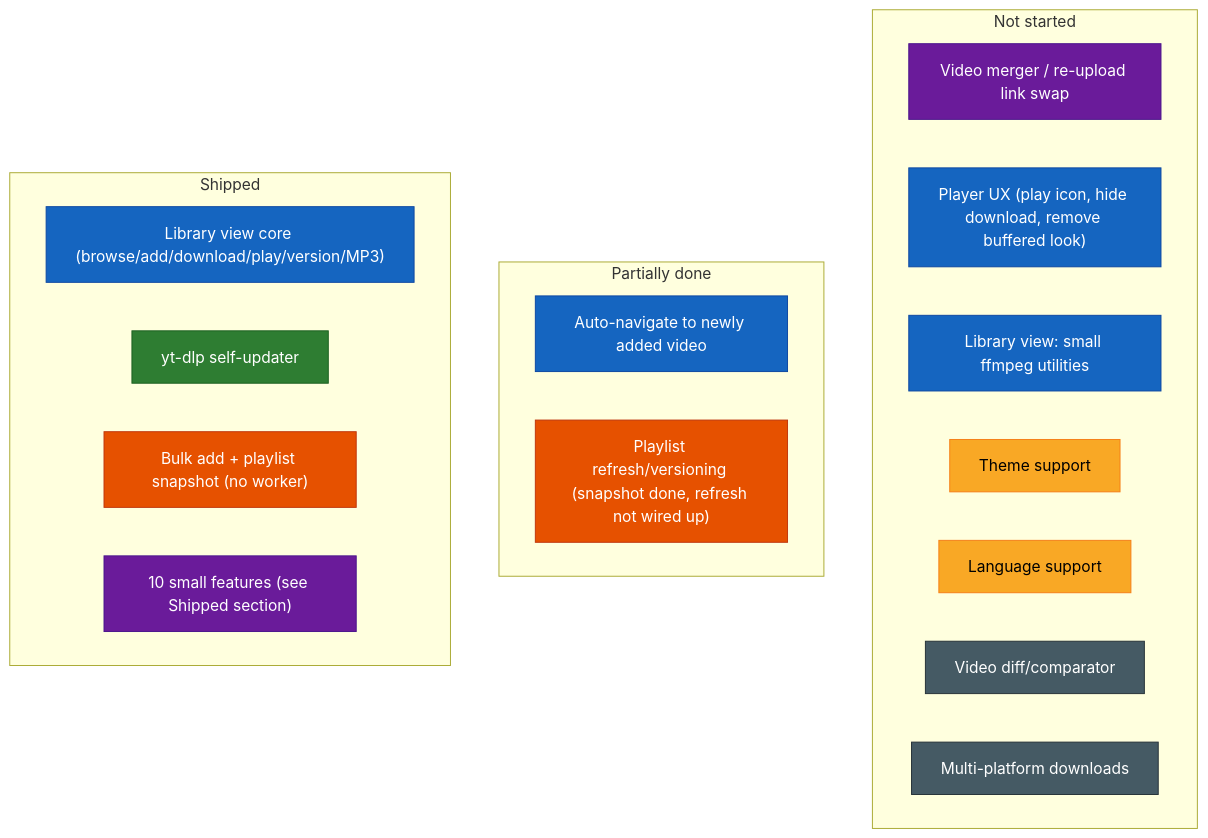
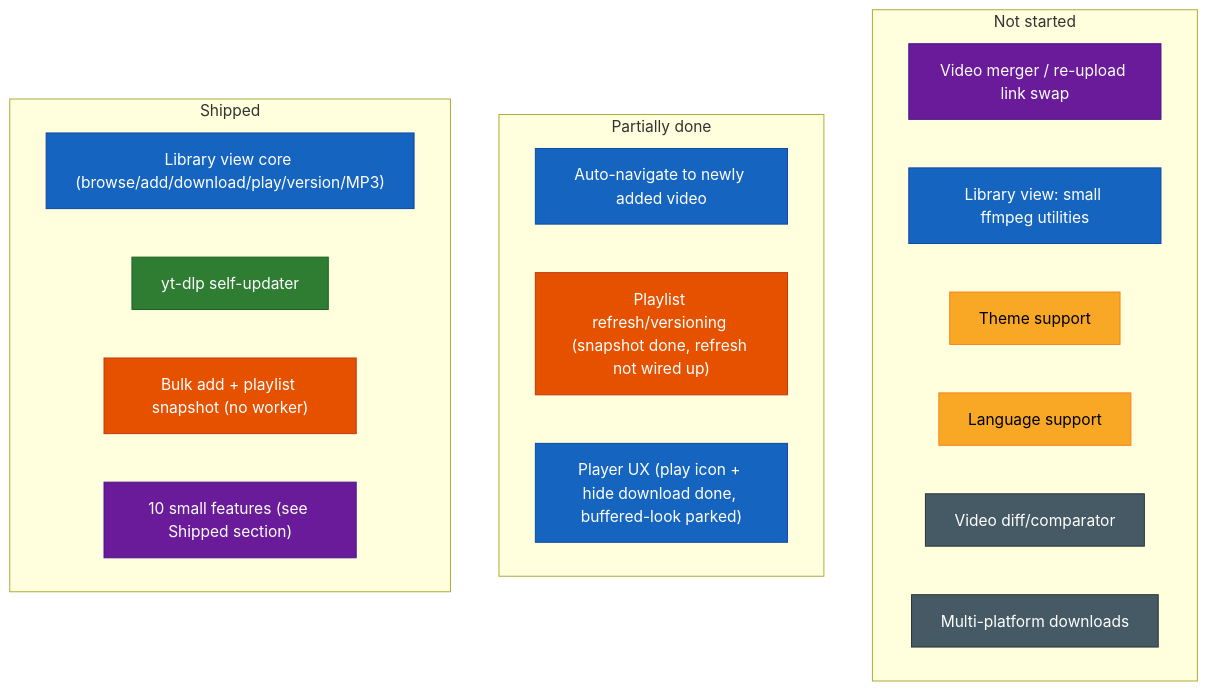
The diagram in futureSpecsFeedback.md (SlothSoftworks/Sloth-Archiver), drawn with Mermaid before and after one commit. The commit also changed other lines of this file and 8 other files, not shown here.

````diff
--- a/futureSpecsFeedback.md
+++ b/futureSpecsFeedback.md
@@ -37,43 +37,43 @@
 ```mermaid
 flowchart LR
     classDef library fill:#1565c0,stroke:#0d47a1,color:#fff
     classDef updater fill:#2e7d32,stroke:#1b5e20,color:#fff
     classDef playlist fill:#e65100,stroke:#bf360c,color:#fff
     classDef smallfeat fill:#6a1b9a,stroke:#4a148c,color:#fff
     classDef qol fill:#f9a825,stroke:#f57f17,color:#000
     classDef longshot fill:#455a64,stroke:#263238,color:#fff
 
     subgraph DONE["Shipped"]
         direction LR
         d1["Library view core (browse/add/download/play/version/MP3)"]
         d2["yt-dlp self-updater"]
         d3["Bulk add + playlist snapshot (no worker)"]
         d4["10 small features (see Shipped section)"]
     end
 
     subgraph PARTIAL["Partially done"]
         direction LR
         p1["Auto-navigate to newly added video"]
         p2["Playlist refresh/versioning (snapshot done, refresh not wired up)"]
+        p3["Player UX (play icon + hide download done, buffered-look parked)"]
     end
 
     subgraph TODO["Not started"]
         direction LR
         t1["Video merger / re-upload link swap"]
-        t2["Player UX (play icon, hide download, remove buffered look)"]
         t3["Library view: small ffmpeg utilities"]
         t5["Theme support"]
         t6["Language support"]
         t7["Video diff/comparator"]
         t8["Multi-platform downloads"]
     end
 
     DONE ~~~ PARTIAL ~~~ TODO
 
-    class d1,p1,t2,t3 library
+    class d1,p1,p3,t3 library
     class d2 updater
     class d3,p2 playlist
     class d4,t1 smallfeat
     class t5,t6 qol
     class t7,t8 longshot
 ```
````
